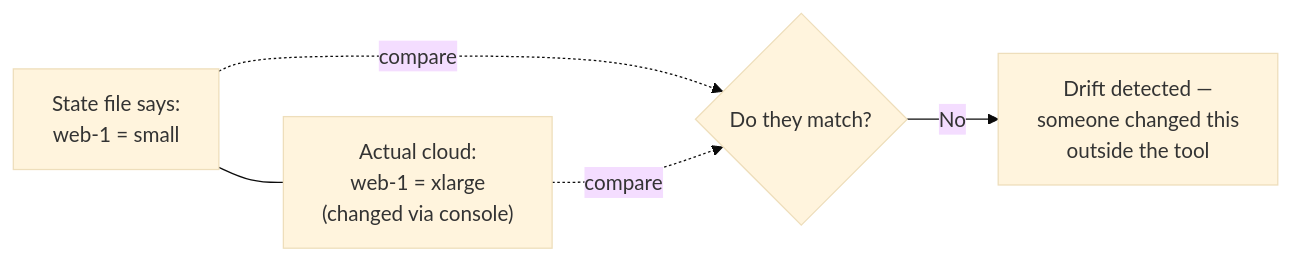
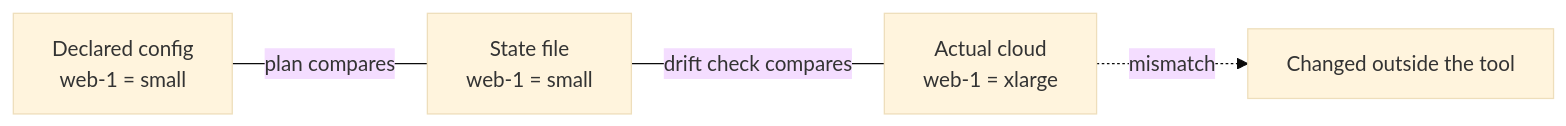
The second of 2 diagrams in src/content/infra-delivery/infrastructure-code/L2-concept.mdx (francoandreDev/knowledge), drawn with Mermaid (base theme) before and after one commit. The commit also changed other lines of this file and 3 other files, not shown here.

````diff
--- a/src/content/infra-delivery/infrastructure-code/L2-concept.mdx
+++ b/src/content/infra-delivery/infrastructure-code/L2-concept.mdx
@@ -104,7 +82,6 @@
 ```mermaid
 flowchart LR
-    A["State file says:\nweb-1 = small"] --- B["Actual cloud:\nweb-1 = xlarge\n(changed via console)"]
-    A -.->|"compare"| C{"Do they match?"}
-    B -.->|"compare"| C
-    C -->|"No"| D["Drift detected —\nsomeone changed this\noutside the tool"]
+    CFG["Declared config<br/>web-1 = small"] ---|"plan compares"| ST["State file<br/>web-1 = small"]
+    ST ---|"drift check compares"| CL["Actual cloud<br/>web-1 = xlarge"]
+    CL -.->|"mismatch"| ALERT["Changed outside the tool"]
 ```
````
